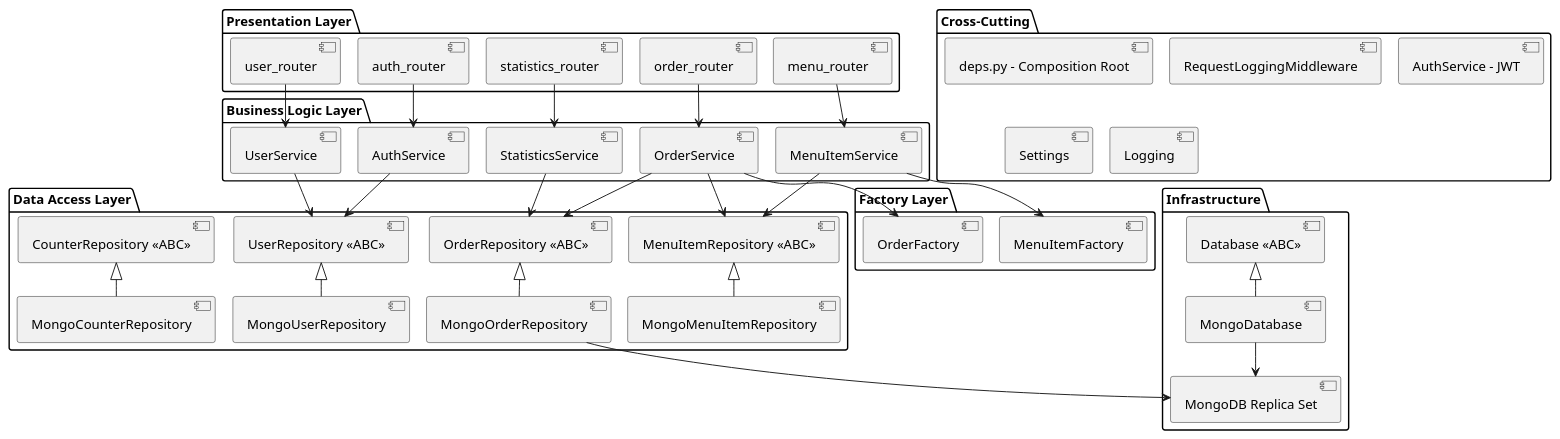
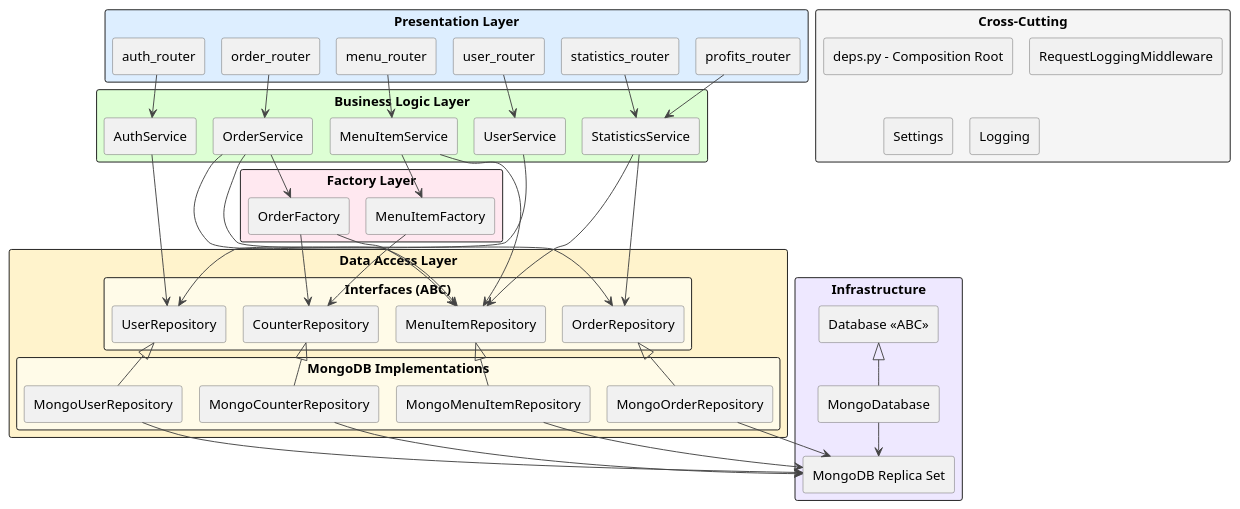
Before and after one commit to Picard1203/Crusty-Crab: the diagram in design_diagrams/pumls/layered_architecture.puml, drawn with PlantUML. The commit also changed 4 other files, not shown here.

Commit message:
improve design diagrams and fix auth router status codes

```diff
--- a/design_diagrams/pumls/layered_architecture.puml
+++ b/design_diagrams/pumls/layered_architecture.puml
@@ -1,74 +1,102 @@
 @startuml Krusty Crab - Layered Architecture
 !pragma layout smetana
 
-package "Presentation Layer" {
+top to bottom direction
+
+skinparam packageStyle rectangle
+skinparam packageFontStyle bold
+skinparam ArrowColor #444444
+skinparam ComponentBorderColor #666666
+skinparam componentStyle rectangle
+
+package "Presentation Layer" #DDEEFF {
     [auth_router]
     [order_router]
     [menu_router]
+    [profits_router]
     [statistics_router]
     [user_router]
 }
 
-package "Business Logic Layer" {
+package "Business Logic Layer" #DDFFD4 {
     [AuthService]
     [OrderService]
     [MenuItemService]
     [StatisticsService]
     [UserService]
 }
 
-package "Data Access Layer" {
-    [OrderRepository <<ABC>>]
-    [MenuItemRepository <<ABC>>]
-    [UserRepository <<ABC>>]
-    [CounterRepository <<ABC>>]
-    [MongoOrderRepository]
-    [MongoMenuItemRepository]
-    [MongoUserRepository]
-    [MongoCounterRepository]
+package "Data Access Layer" #FFF3CC {
+    package "Interfaces (ABC)" #FFFBE8 {
+        [OrderRepository]
+        [MenuItemRepository]
+        [UserRepository]
+        [CounterRepository]
+    }
+    package "MongoDB Implementations" #FFFBE8 {
+        [MongoOrderRepository]
+        [MongoMenuItemRepository]
+        [MongoUserRepository]
+        [MongoCounterRepository]
+    }
 }
 
-package "Factory Layer" {
+package "Factory Layer" #FFE8F0 {
     [OrderFactory]
     [MenuItemFactory]
 }
 
-package "Infrastructure" {
+package "Infrastructure" #EEE8FF {
     [Database <<ABC>>]
     [MongoDatabase]
     [MongoDB Replica Set]
 }
 
-package "Cross-Cutting" {
+package "Cross-Cutting" #F5F5F5 {
     [deps.py - Composition Root]
     [RequestLoggingMiddleware]
-    [AuthService - JWT]
     [Settings]
     [Logging]
 }
 
-[auth_router] --> [AuthService]
-[order_router] --> [OrderService]
-[menu_router] --> [MenuItemService]
+' Presentation -> Business Logic
+[auth_router]       --> [AuthService]
+[order_router]      --> [OrderService]
+[menu_router]       --> [MenuItemService]
+[profits_router]    --> [StatisticsService]
 [statistics_router] --> [StatisticsService]
-[user_router] --> [UserService]
+[user_router]       --> [UserService]
 
-[OrderService] --> [OrderRepository <<ABC>>]
-[OrderService] --> [MenuItemRepository <<ABC>>]
-[OrderService] --> [OrderFactory]
-[MenuItemService] --> [MenuItemRepository <<ABC>>]
-[MenuItemService] --> [MenuItemFactory]
-[StatisticsService] --> [OrderRepository <<ABC>>]
-[AuthService] --> [UserRepository <<ABC>>]
-[UserService] --> [UserRepository <<ABC>>]
+' Business Logic -> Data Access
+[AuthService]       --> [UserRepository]
+[OrderService]      --> [OrderRepository]
+[OrderService]      --> [MenuItemRepository]
+[MenuItemService]   --> [MenuItemRepository]
+[StatisticsService] --> [OrderRepository]
+[StatisticsService] --> [MenuItemRepository]
+[UserService]       --> [UserRepository]
 
-[OrderRepository <<ABC>>] <|-- [MongoOrderRepository]
-[MenuItemRepository <<ABC>>] <|-- [MongoMenuItemRepository]
-[UserRepository <<ABC>>] <|-- [MongoUserRepository]
-[CounterRepository <<ABC>>] <|-- [MongoCounterRepository]
+' Business Logic -> Factories
+[OrderService]      --> [OrderFactory]
+[MenuItemService]   --> [MenuItemFactory]
 
-[MongoOrderRepository] --> [MongoDB Replica Set]
-[MongoDatabase] --> [MongoDB Replica Set]
-[Database <<ABC>>] <|-- [MongoDatabase]
+' Interfaces -> Implementations
+[OrderRepository]     <|-- [MongoOrderRepository]
+[MenuItemRepository]  <|-- [MongoMenuItemRepository]
+[UserRepository]      <|-- [MongoUserRepository]
+[CounterRepository]   <|-- [MongoCounterRepository]
+
+' Factories -> Repositories
+[OrderFactory]    --> [CounterRepository]
+[OrderFactory]    --> [MenuItemRepository]
+[MenuItemFactory] --> [CounterRepository]
+
+' Infrastructure
+[Database <<ABC>>]       <|-- [MongoDatabase]
+[MongoDatabase]          --> [MongoDB Replica Set]
+[MongoOrderRepository]   --> [MongoDB Replica Set]
+[MongoMenuItemRepository]--> [MongoDB Replica Set]
+[MongoUserRepository]    --> [MongoDB Replica Set]
+[MongoCounterRepository] --> [MongoDB Replica Set]
 
 @enduml
```
